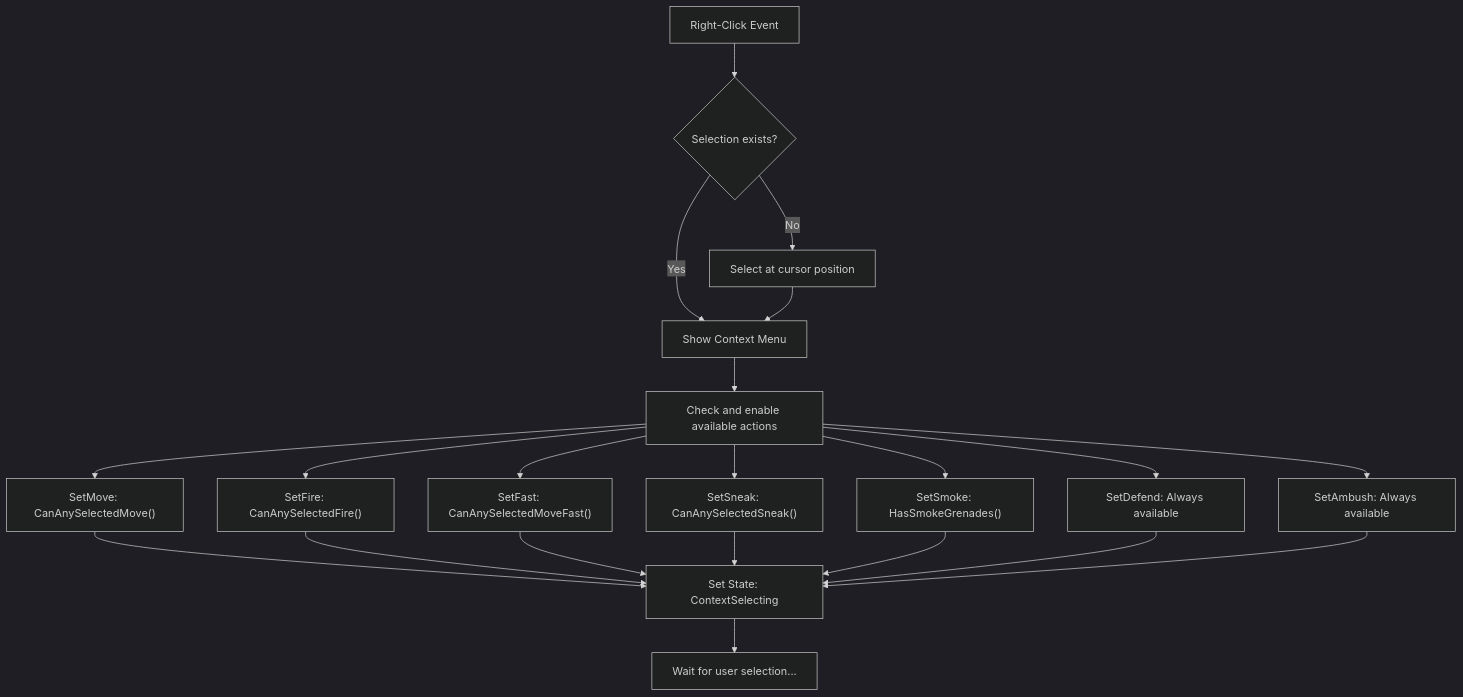
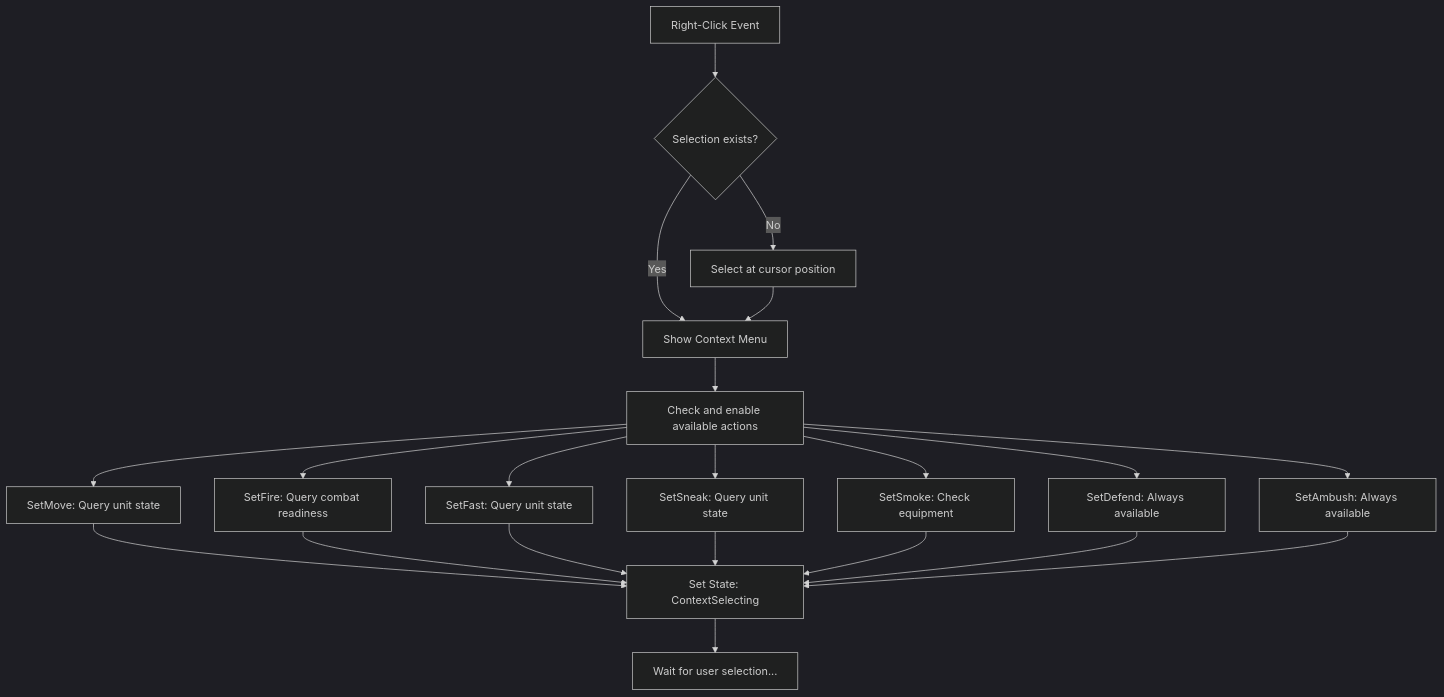
Diagram 13 of 13 in docs/chapters/09-ui-combat.md (jukofyork/OpenCombat-SDL), drawn with Mermaid (dark theme) before and after one commit. The commit also changed other lines of this file and 9 other files, not shown here.

````diff
--- a/docs/chapters/09-ui-combat.md
+++ b/docs/chapters/09-ui-combat.md
@@ -458,27 +458,27 @@
 ```mermaid
 flowchart TD
     RC["Right-Click Event"] --> CHECK{"Selection exists?"}
     CHECK -->|No| SELECT["Select at cursor position"]
     CHECK -->|Yes| SHOW["Show Context Menu"]
     SELECT --> SHOW
     
     SHOW --> ENABLE["Check and enable available actions"]
-    ENABLE --> SETMOVE["SetMove: CanAnySelectedMove()"]
-    ENABLE --> SETFIRE["SetFire: CanAnySelectedFire()"]
-    ENABLE --> SETFAST["SetFast: CanAnySelectedMoveFast()"]
-    ENABLE --> SETSNEAK["SetSneak: CanAnySelectedSneak()"]
-    ENABLE --> SETSMOKE["SetSmoke: HasSmokeGrenades()"]
+    ENABLE --> SETMOVE["SetMove: Query unit state"]
+    ENABLE --> SETFIRE["SetFire: Query combat readiness"]
+    ENABLE --> SETFAST["SetFast: Query unit state"]
+    ENABLE --> SETSNEAK["SetSneak: Query unit state"]
+    ENABLE --> SETSMOKE["SetSmoke: Check equipment"]
     ENABLE --> SETDEFEND["SetDefend: Always available"]
     ENABLE --> SETAMBUSH["SetAmbush: Always available"]
     
     STATE["Set State: ContextSelecting"]
     SETMOVE --> STATE
     SETFIRE --> STATE
     SETFAST --> STATE
     SETSNEAK --> STATE
     SETSMOKE --> STATE
     SETDEFEND --> STATE
     SETAMBUSH --> STATE
     
     STATE --> WAIT["Wait for user selection..."]
 ```
````
